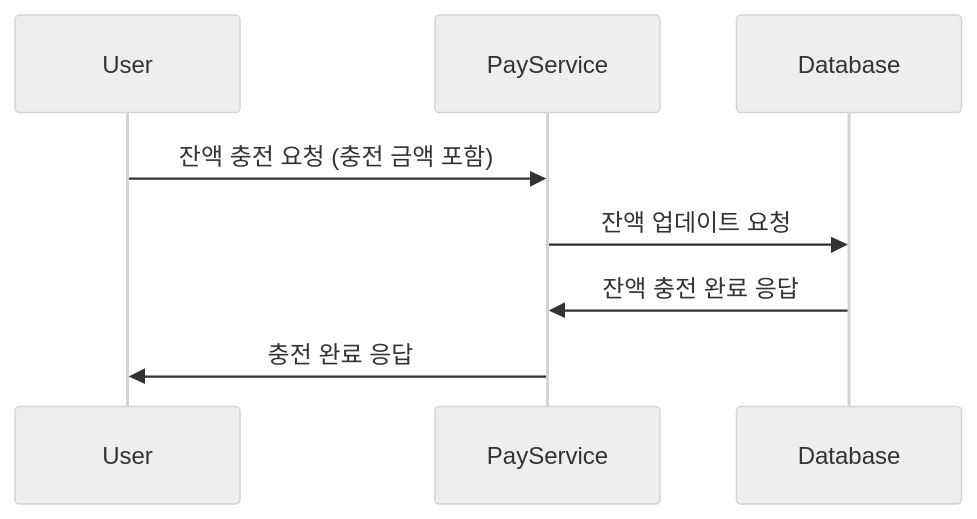
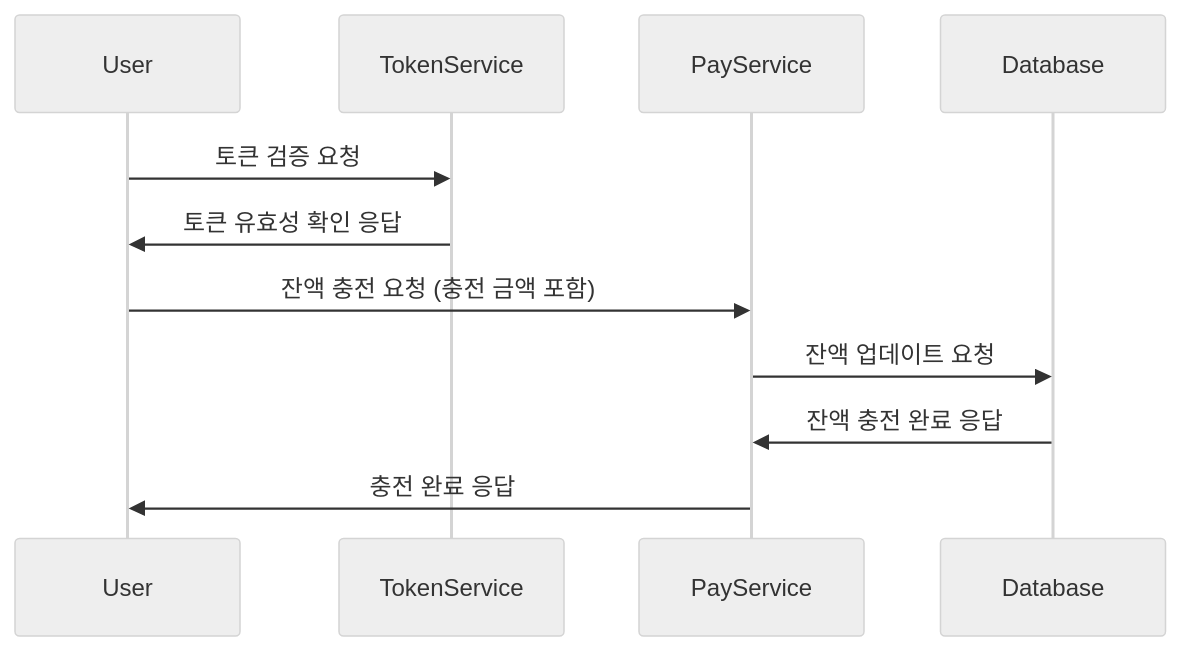
One commit to fatallinverno/hhplus-concert-reservation changed the seventh of 10 diagrams in README.md. Above: the diagram before and after it, drawn with Mermaid (neutral theme). The commit also changed other lines of this file, not shown here.

Commit message:
시퀀스 다이어그램 업데이트

````diff
--- a/README.md
+++ b/README.md
@@ -114,11 +117,14 @@
 ```mermaid
 sequenceDiagram
     participant User
+    participant TokenService
     participant PayService
     participant Database
 
+    User ->> TokenService: 토큰 검증 요청
+    TokenService ->> User: 토큰 유효성 확인 응답
     User ->> PayService: 잔액 충전 요청 (충전 금액 포함)
     PayService ->> Database: 잔액 업데이트 요청
     Database ->> PayService: 잔액 충전 완료 응답
     PayService ->> User: 충전 완료 응답
 ```
````
